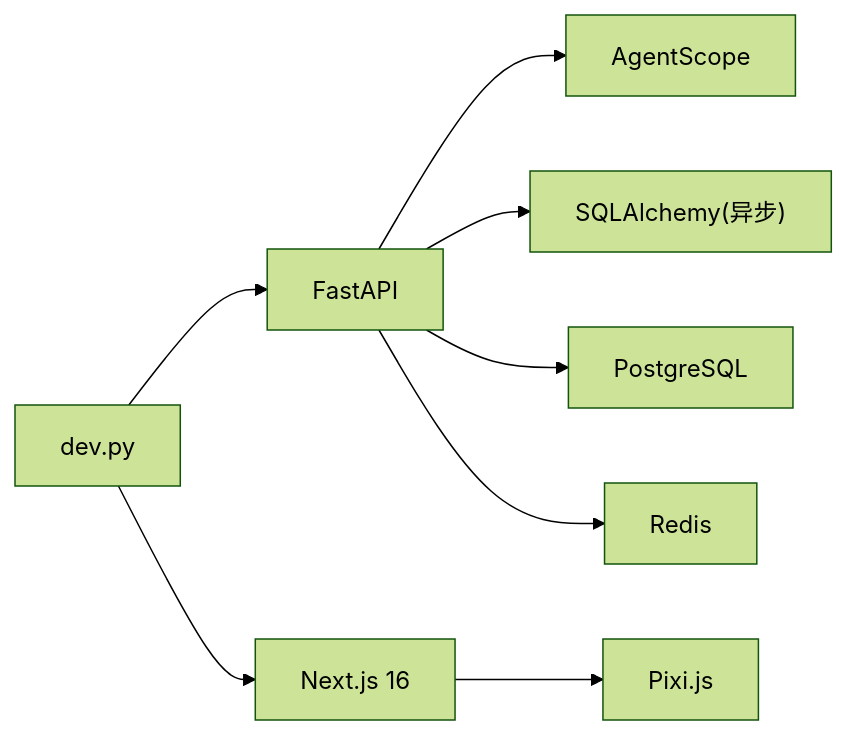
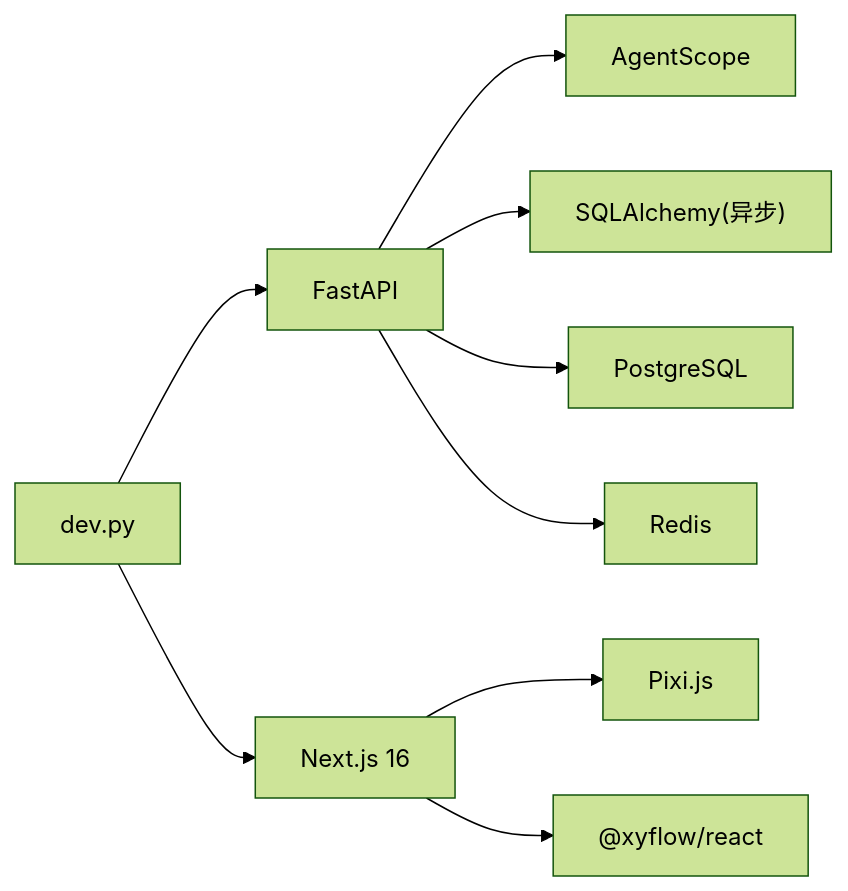
One commit to KunLabAI/KunFlix changed the seventh of 7 diagrams in .qoder/repowiki/zh/content/项目概述/项目概述.md. Above: the diagram before and after it, drawn with Mermaid (forest theme). The commit also changed other lines of this file and 88 other files, not shown here.

````diff
--- a/.qoder/repowiki/zh/content/项目概述/项目概述.md
+++ b/.qoder/repowiki/zh/content/项目概述/项目概述.md
@@ -395,10 +308,11 @@
 ```mermaid
 graph LR
 FastAPI["FastAPI"] --> AgentScope["AgentScope"]
 FastAPI --> SQLAlchemy["SQLAlchemy(异步)"]
 FastAPI --> Postgres["PostgreSQL"]
 FastAPI --> Redis["Redis"]
 NextJS["Next.js 16"] --> Pixi["Pixi.js"]
+NextJS --> ReactFlow["@xyflow/react"]
 Dev["dev.py"] --> FastAPI
 Dev --> NextJS
 ```
````
